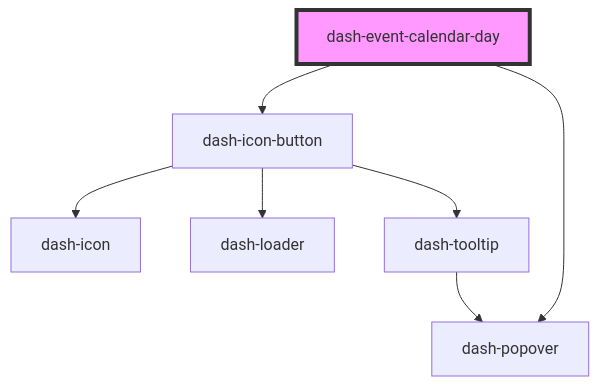
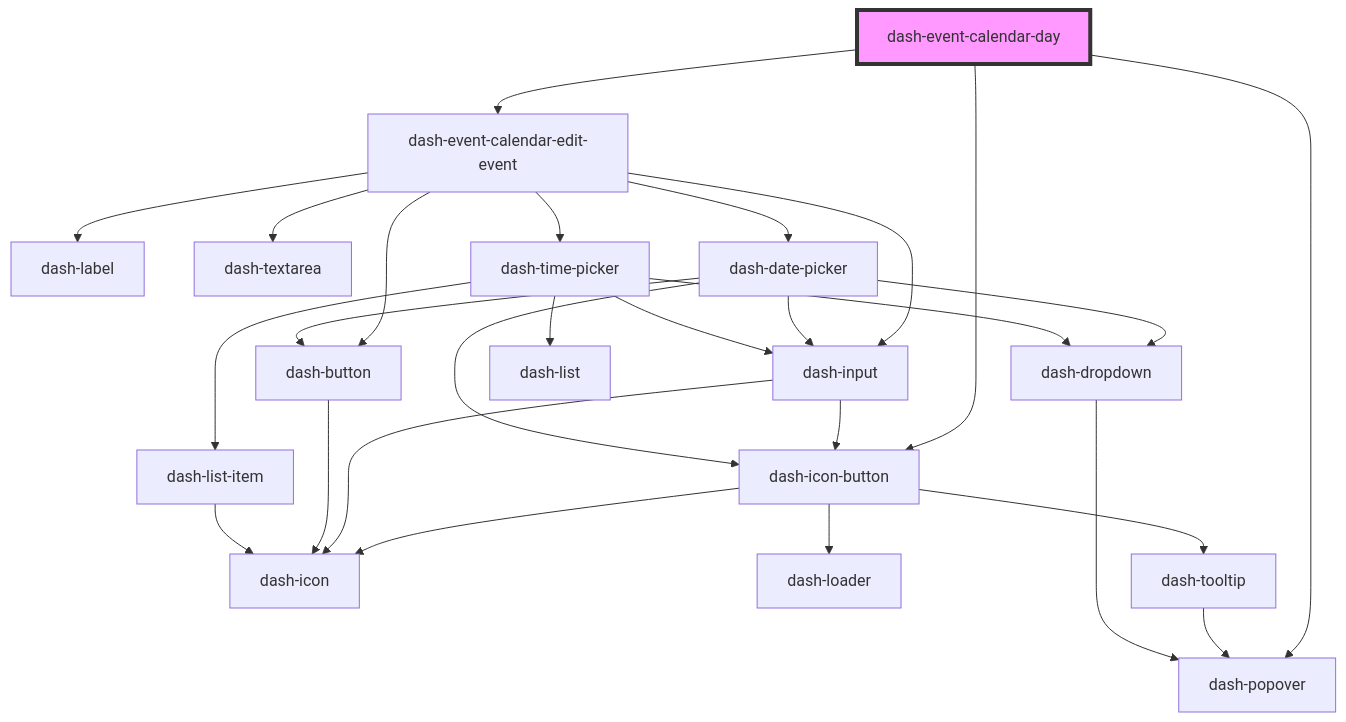
One commit to jmanke/dash changed the diagram in packages/dash-components/src/components/dash-event-calendar/dash-event-calendar-day/readme.md. Above: the diagram before and after it, drawn with Mermaid. The commit also changed other lines of this file and 5 other files, not shown here.

````diff
--- a/packages/dash-components/src/components/dash-event-calendar/dash-event-calendar-day/readme.md
+++ b/packages/dash-components/src/components/dash-event-calendar/dash-event-calendar-day/readme.md
@@ -34,10 +35,30 @@
 ```mermaid
 graph TD;
   dash-event-calendar-day --> dash-icon-button
   dash-event-calendar-day --> dash-popover
+  dash-event-calendar-day --> dash-event-calendar-edit-event
   dash-icon-button --> dash-icon
   dash-icon-button --> dash-loader
   dash-icon-button --> dash-tooltip
   dash-tooltip --> dash-popover
+  dash-event-calendar-edit-event --> dash-label
+  dash-event-calendar-edit-event --> dash-input
+  dash-event-calendar-edit-event --> dash-textarea
+  dash-event-calendar-edit-event --> dash-date-picker
+  dash-event-calendar-edit-event --> dash-time-picker
+  dash-event-calendar-edit-event --> dash-button
+  dash-input --> dash-icon
+  dash-input --> dash-icon-button
+  dash-date-picker --> dash-dropdown
+  dash-date-picker --> dash-input
+  dash-date-picker --> dash-icon-button
+  dash-date-picker --> dash-button
+  dash-dropdown --> dash-popover
+  dash-button --> dash-icon
+  dash-time-picker --> dash-dropdown
+  dash-time-picker --> dash-input
+  dash-time-picker --> dash-list
+  dash-time-picker --> dash-list-item
+  dash-list-item --> dash-icon
   style dash-event-calendar-day fill:#f9f,stroke:#333,stroke-width:4px
 ```
````
